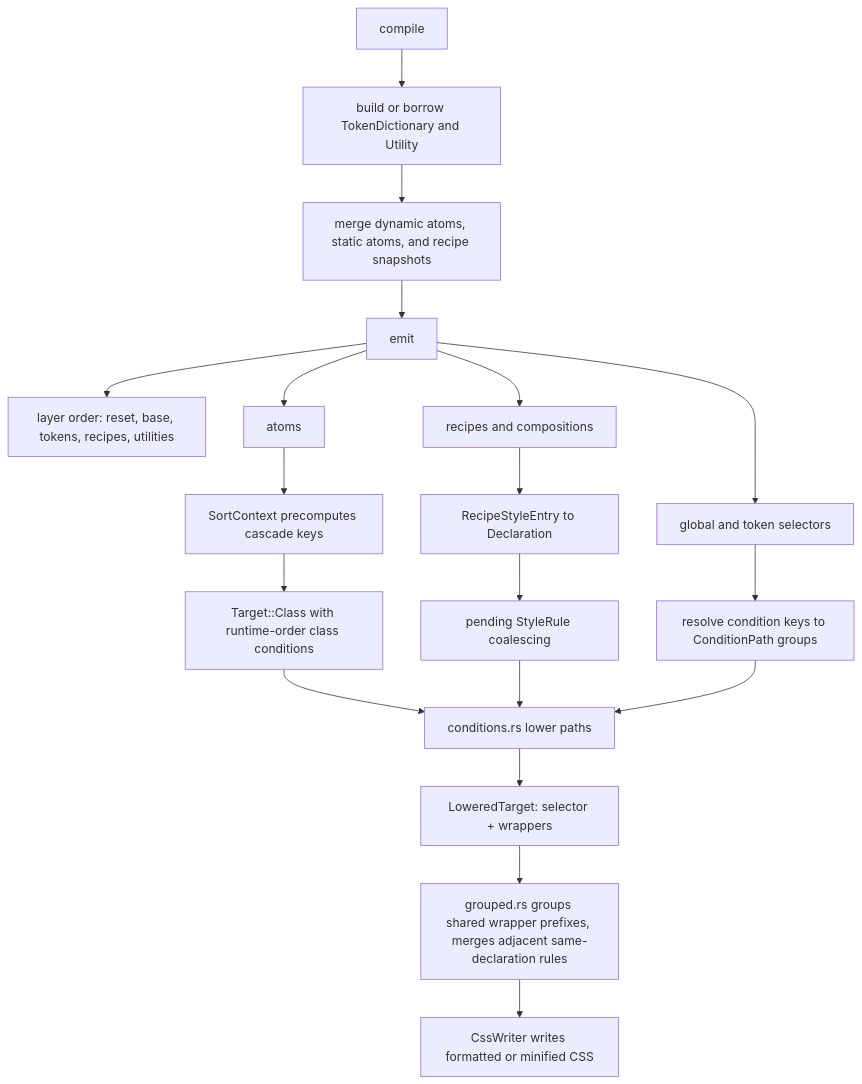
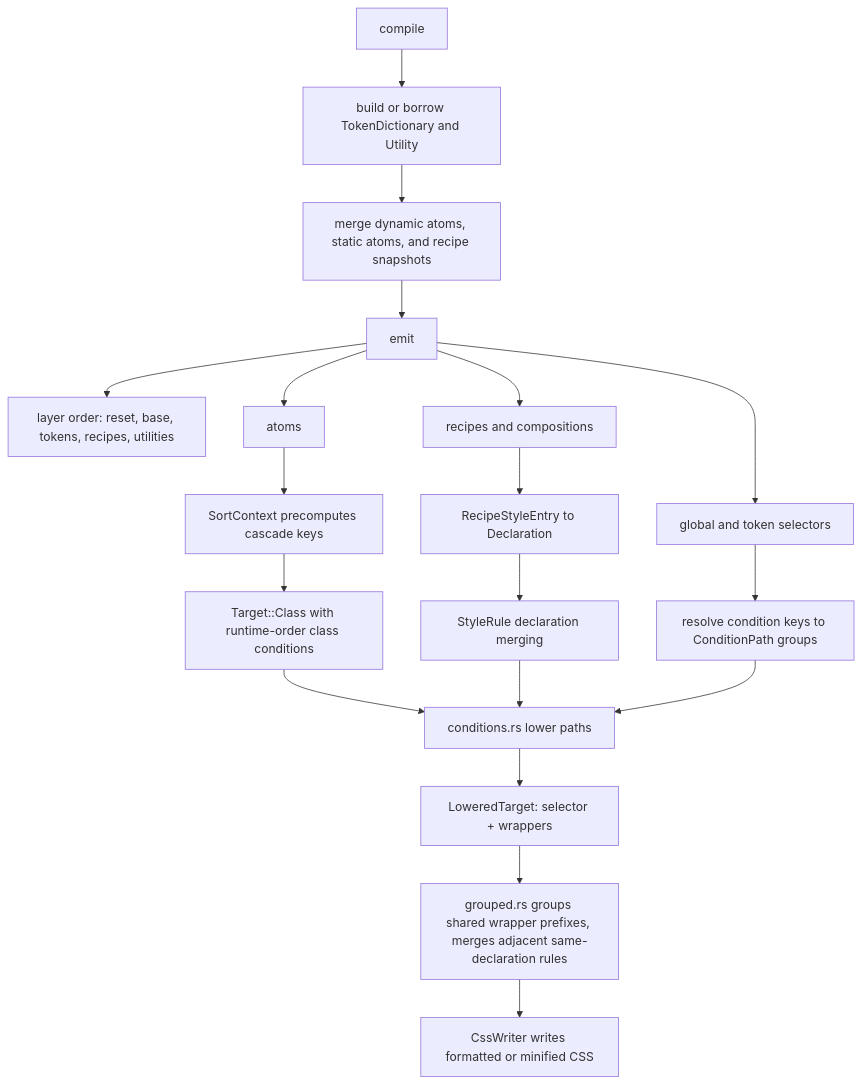
Before and after one commit to chakra-ui/panda: the diagram in design-notes/stylesheet.md, drawn with Mermaid. The commit also changed other lines of this file and 10 other files, not shown here.

````diff
--- a/design-notes/stylesheet.md
+++ b/design-notes/stylesheet.md
@@ -59,27 +59,27 @@
 ```mermaid
 flowchart TD
   C[compile] --> I[build or borrow TokenDictionary and Utility]
   I --> M[merge dynamic atoms, static atoms, and recipe snapshots]
   M --> E[emit]
 
   E --> L[layer order: reset, base, tokens, recipes, utilities]
   E --> A[atoms]
   E --> R[recipes and compositions]
   E --> G[global and token selectors]
 
   A --> AS[SortContext precomputes cascade keys]
   AS --> AC[Target::Class with runtime-order class conditions]
 
   R --> RD[RecipeStyleEntry to Declaration]
-  RD --> RC[pending StyleRule coalescing]
+  RD --> RC[StyleRule declaration merging]
 
   G --> GP[resolve condition keys to ConditionPath groups]
 
   AC --> X[conditions.rs lower paths]
   RC --> X
   GP --> X
 
   X --> T[LoweredTarget: selector + wrappers]
   T --> B[grouped.rs groups shared wrapper prefixes, merges adjacent same-declaration rules]
   B --> W[CssWriter writes formatted or minified CSS]
 ```
````
